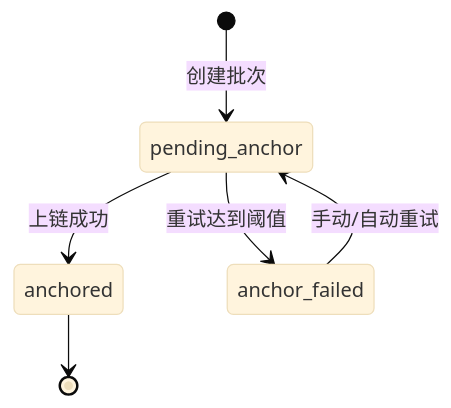
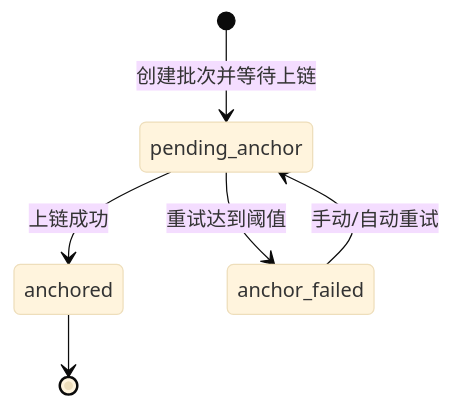
The second of 2 diagrams in docs/prd.md (A-Words/lychee-ripe), drawn with Mermaid (base theme) before and after one commit. The commit also changed other lines of this file and 53 other files, not shown here.

````diff
--- a/docs/prd.md
+++ b/docs/prd.md
@@ -215,8 +157,8 @@
 ```mermaid
 stateDiagram-v2
-    [*] --> pending_anchor: 创建批次
+    [*] --> pending_anchor: 创建批次并等待上链
     pending_anchor --> anchored: 上链成功
     pending_anchor --> anchor_failed: 重试达到阈值
     anchor_failed --> pending_anchor: 手动/自动重试
     anchored --> [*]
 ```
````
